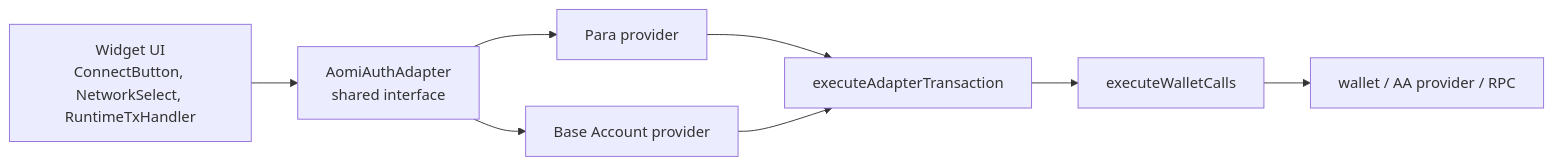
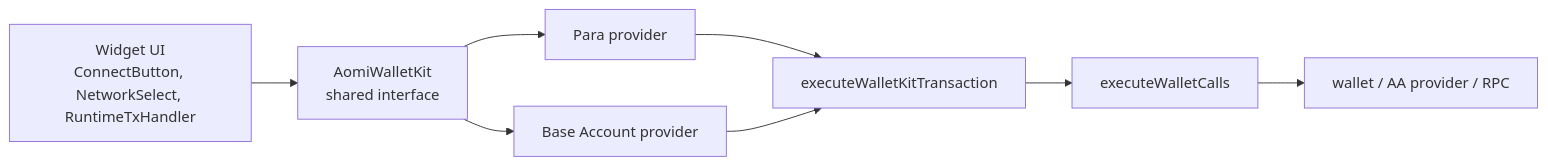
Before and after one commit to aomi-labs/aomi-widget: the third of 24 diagrams in specs/WALLET-ADAPTERS-ARCH.md, drawn with Mermaid. The commit also changed other lines of this file and 200 other files, not shown here.

````diff
--- a/specs/WALLET-ADAPTERS-ARCH.md
+++ b/specs/WALLET-ADAPTERS-ARCH.md
@@ -206,18 +206,18 @@
 ```mermaid
 graph LR
   UI["Widget UI<br/>ConnectButton, NetworkSelect, RuntimeTxHandler"]
-  Interface["AomiAuthAdapter<br/>shared interface"]
+  Interface["AomiWalletKit<br/>shared interface"]
   Para["Para provider"]
   Base["Base Account provider"]
-  Shared["executeAdapterTransaction"]
+  Shared["executeWalletKitTransaction"]
   Client["executeWalletCalls"]
   Chain["wallet / AA provider / RPC"]
 
   UI --> Interface
   Interface --> Para
   Interface --> Base
   Para --> Shared
   Base --> Shared
   Shared --> Client
   Client --> Chain
 ```
````
